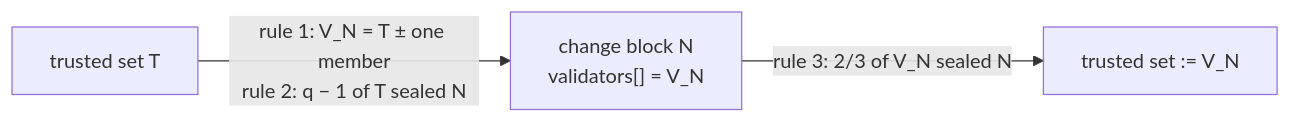
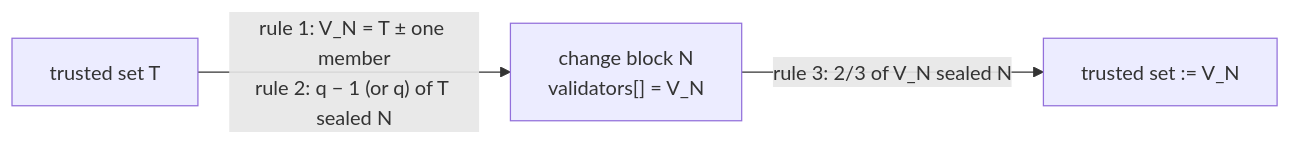
The ninth of 12 diagrams in src/verifiers/evm/qbft/qbft-header-mode.md (LFDT-CLPR/clpr-smart-contracts), drawn with Mermaid before and after one commit. The commit also changed other lines of this file and 17 other files, not shown here.

````diff
--- a/src/verifiers/evm/qbft/qbft-header-mode.md
+++ b/src/verifiers/evm/qbft/qbft-header-mode.md
@@ -264,5 +285,5 @@
 ```mermaid
 flowchart LR
-  T["trusted set T"] -->|"rule 1: V_N = T ± one member<br/>rule 2: q − 1 of T sealed N"| N["change block N<br/>validators[] = V_N"]
+  T["trusted set T"] -->|"rule 1: V_N = T ± one member<br/>rule 2: q − 1 (or q) of T sealed N"| N["change block N<br/>validators[] = V_N"]
   N -->|"rule 3: 2/3 of V_N sealed N"| T2["trusted set := V_N"]
 ```
````
